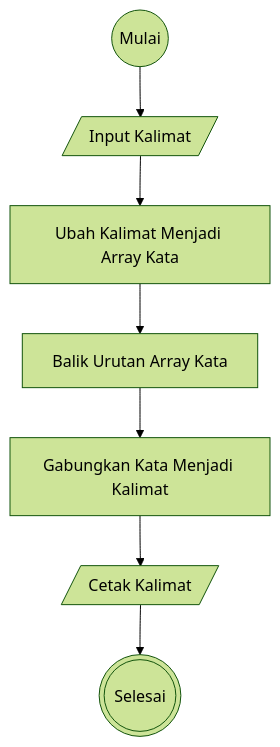
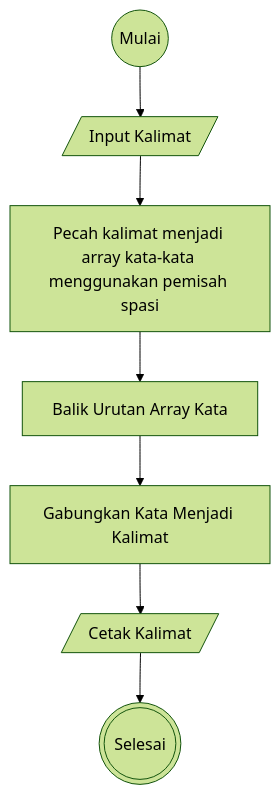
The second of 2 diagrams in README.md (HN721/fgo24-weeklytask1), drawn with Mermaid (forest theme) before and after one commit.

````diff
--- a/README.md
+++ b/README.md
@@ -48,19 +48,19 @@
 ```mermaid
 flowchart TD
     A@{shape: circle,label: "Mulai"}
     B@{shape: lean-r, label: "Input Kalimat"  }
-    C@{shape: rectangle, label: "Ubah Kalimat Menjadi Array Kata"}
+    C@{shape: rectangle, label: "Pecah kalimat menjadi array kata-kata menggunakan pemisah spasi"}
     D@{shape:rectangle, label: "Balik Urutan Array Kata"}
     E@{shape:rectangle , label: "Gabungkan Kata Menjadi Kalimat"}
     F@{shape: lean-r , label: "Cetak Kalimat"}
     G@{shape: dbl-circ , label: "Selesai"}
 
     A --> B
     B --> C
     C --> D
     D --> E
     E --> F
     F --> G
 
 
 ```
````
